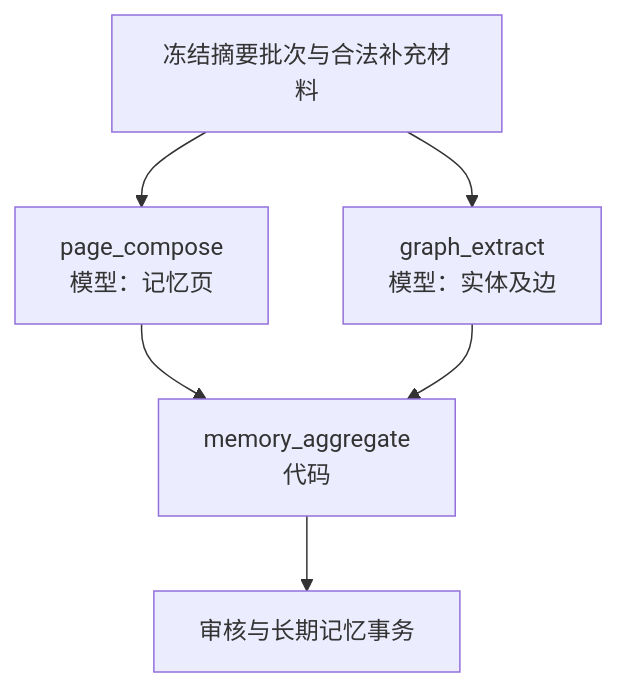
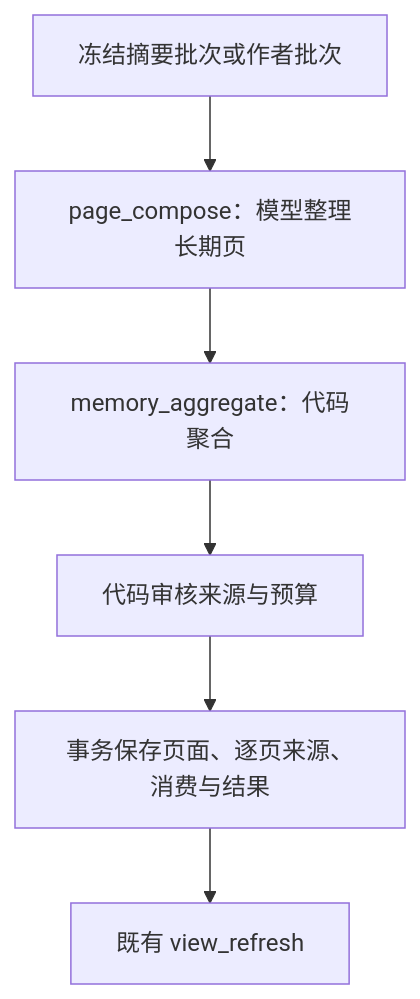
Before and after one commit to Weilan0811/echo-commons: the diagram in server/docs/design/reflection/memory-organize.md, drawn with Mermaid. The commit also changed other lines of this file and 95 other files, not shown here.

Commit message:
refactor: remove entity graph memory and retrieval

````diff
--- a/server/docs/design/reflection/memory-organize.md
+++ b/server/docs/design/reflection/memory-organize.md
@@ -13,8 +13,8 @@
 ```mermaid
 flowchart TD
-  B[冻结摘要批次与合法补充材料] --> P[page_compose<br/>模型：记忆页]
-  B --> G[graph_extract<br/>模型：实体及边]
-  P --> A[memory_aggregate<br/>代码]
-  G --> A
-  A --> R[审核与长期记忆事务]
+    B[冻结摘要批次或作者批次] --> P[page_compose：模型整理长期页]
+    P --> A[memory_aggregate：代码聚合]
+    A --> R[代码审核来源与预算]
+    R --> W[事务保存页面、逐页来源、消费与结果]
+    W --> V[既有 view_refresh]
 ```
````
